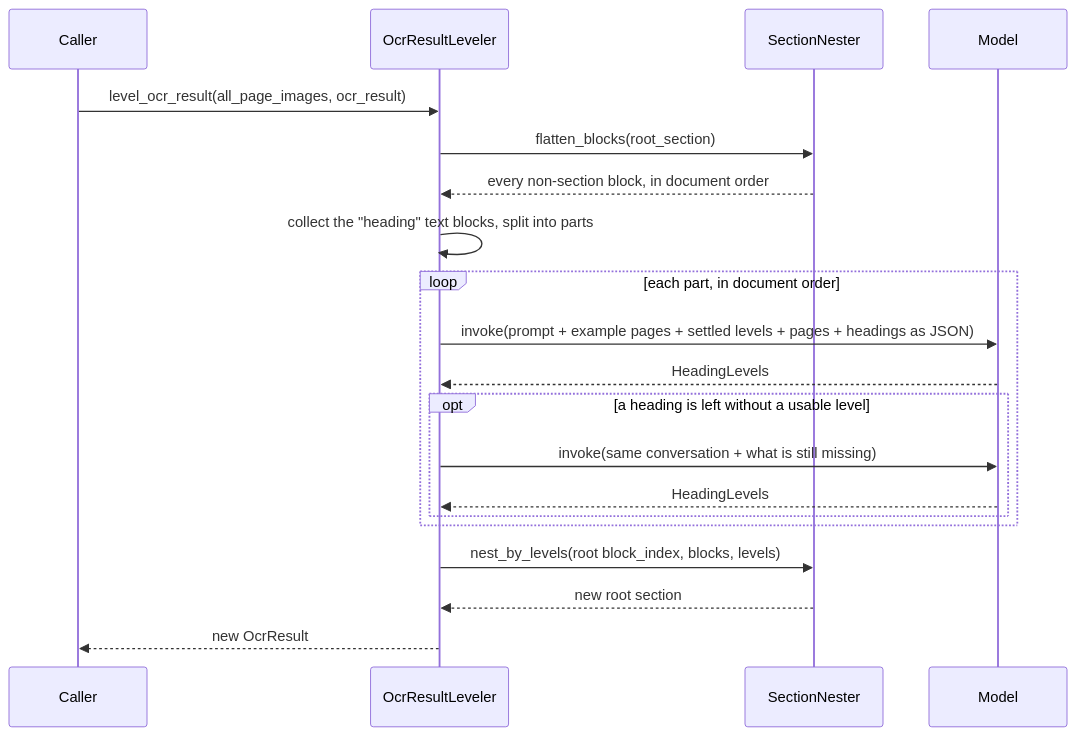
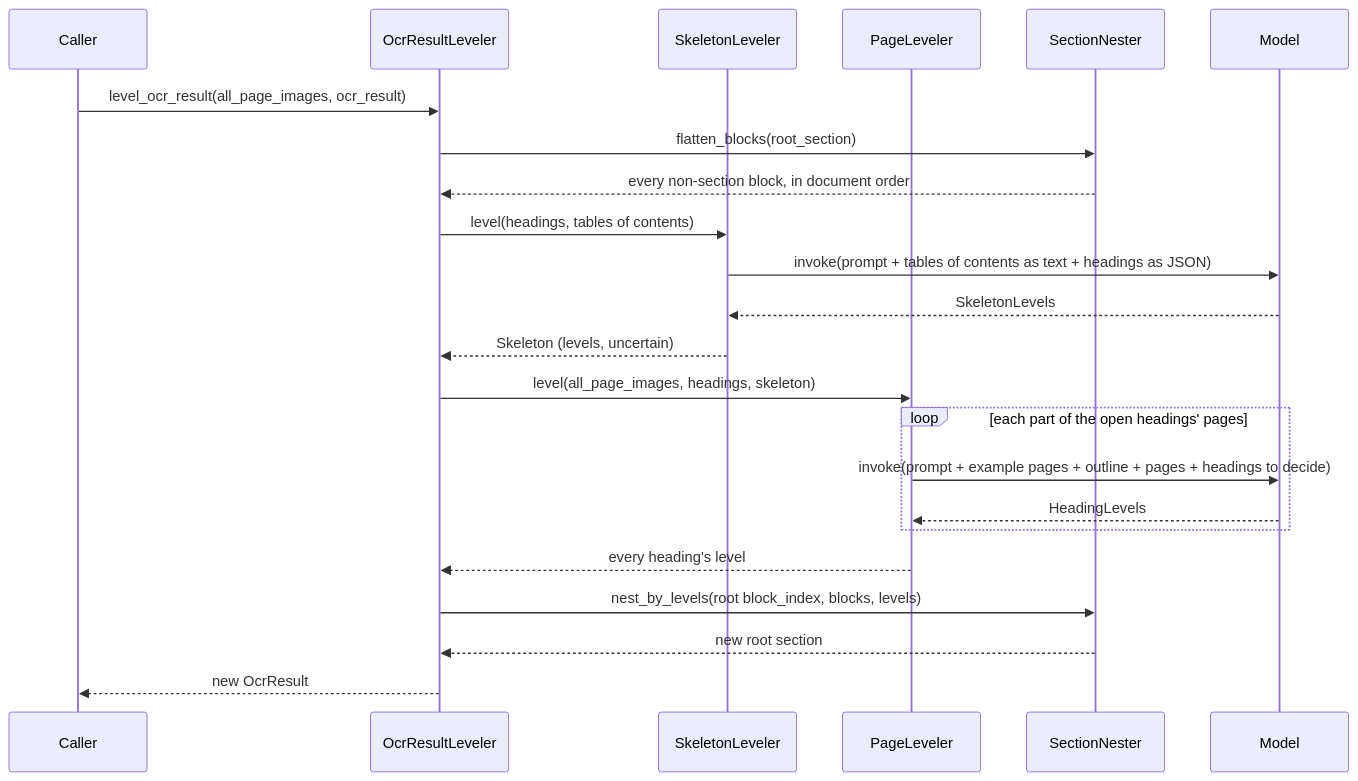
Before and after one commit to konbraphat51/SuperSuat: the second of 2 diagrams in Uploader/Leveler/Docs/Leveler.md, drawn with Mermaid. The commit also changed other lines of this file and 1 other file, not shown here.

Commit message:
docs: describe the leveler's skeleton from text and tables of contents, and the open headings decided from their pages

````diff
--- a/Uploader/Leveler/Docs/Leveler.md
+++ b/Uploader/Leveler/Docs/Leveler.md
@@ -51,22 +98,25 @@
 ```mermaid
 sequenceDiagram
     participant Caller
     participant OcrResultLeveler
+    participant SkeletonLeveler
+    participant PageLeveler
     participant SectionNester
     participant Model
     Caller->>OcrResultLeveler: level_ocr_result(all_page_images, ocr_result)
     OcrResultLeveler->>SectionNester: flatten_blocks(root_section)
     SectionNester-->>OcrResultLeveler: every non-section block, in document order
-    OcrResultLeveler->>OcrResultLeveler: collect the "heading" text blocks, split into parts
-    loop each part, in document order
-        OcrResultLeveler->>Model: invoke(prompt + example pages + settled levels + pages + headings as JSON)
-        Model-->>OcrResultLeveler: HeadingLevels
-        opt a heading is left without a usable level
-            OcrResultLeveler->>Model: invoke(same conversation + what is still missing)
-            Model-->>OcrResultLeveler: HeadingLevels
-        end
+    OcrResultLeveler->>SkeletonLeveler: level(headings, tables of contents)
+    SkeletonLeveler->>Model: invoke(prompt + tables of contents as text + headings as JSON)
+    Model-->>SkeletonLeveler: SkeletonLevels
+    SkeletonLeveler-->>OcrResultLeveler: Skeleton (levels, uncertain)
+    OcrResultLeveler->>PageLeveler: level(all_page_images, headings, skeleton)
+    loop each part of the open headings' pages
+        PageLeveler->>Model: invoke(prompt + example pages + outline + pages + headings to decide)
+        Model-->>PageLeveler: HeadingLevels
     end
+    PageLeveler-->>OcrResultLeveler: every heading's level
     OcrResultLeveler->>SectionNester: nest_by_levels(root block_index, blocks, levels)
     SectionNester-->>OcrResultLeveler: new root section
     OcrResultLeveler-->>Caller: new OcrResult
 ```
````
